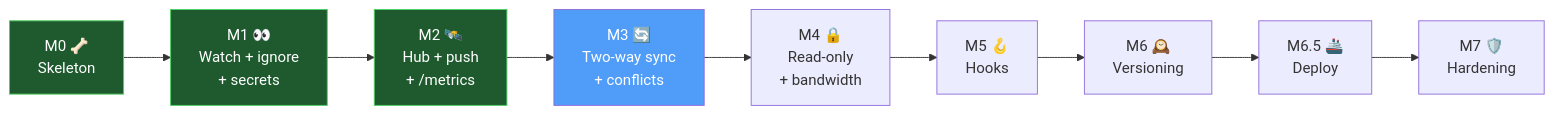
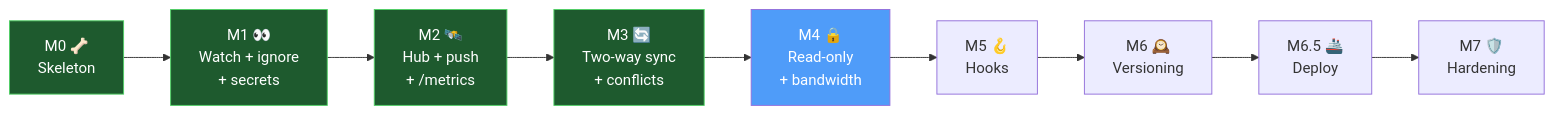
Before and after one commit to shoemoney/devbox: the sixth of 6 diagrams in README.md, drawn with Mermaid. The commit also changed other lines of this file, not shown here.

````diff
--- a/README.md
+++ b/README.md
@@ -450,15 +455,16 @@
 ```mermaid
 flowchart LR
     M0["M0 🦴\nSkeleton"] --> M1["M1 👀\nWatch + ignore\n+ secrets"]
     M1 --> M2["M2 🛰️\nHub + push\n+ /metrics"]
     M2 --> M3["M3 🔄\nTwo-way sync\n+ conflicts"]
     M3 --> M4["M4 🔒\nRead-only\n+ bandwidth"]
     M4 --> M5["M5 🪝\nHooks"]
     M5 --> M6["M6 🕰️\nVersioning"]
     M6 --> M65["M6.5 🚢\nDeploy"]
     M65 --> M7["M7 🛡️\nHardening"]
     style M0 fill:#1e5a2e,stroke:#51cf66,color:#fff
     style M1 fill:#1e5a2e,stroke:#51cf66,color:#fff
     style M2 fill:#1e5a2e,stroke:#51cf66,color:#fff
-    style M3 fill:#4F9CF9,color:#fff
+    style M3 fill:#1e5a2e,stroke:#51cf66,color:#fff
+    style M4 fill:#4F9CF9,color:#fff
 ```
````
